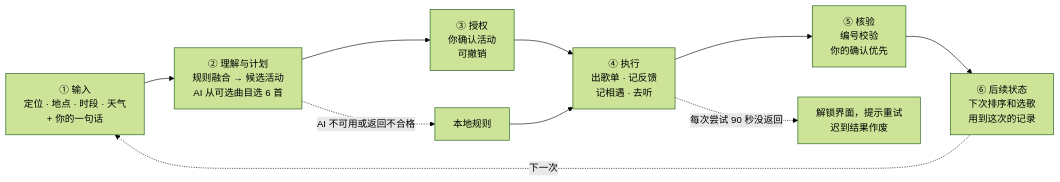
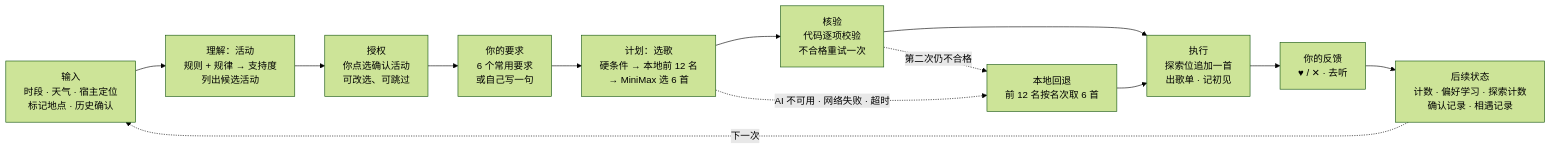
Before and after one commit to peterdlick-stack/agentic-app: the first of 2 diagrams in README.md, drawn with Mermaid (forest theme). The commit also changed other lines of this file, not shown here.

````diff
--- a/README.md
+++ b/README.md
@@ -96,12 +95,15 @@
 ```mermaid
 flowchart LR
-  I[① 输入<br/>定位 · 地点 · 时段 · 天气<br/>+ 你的一句话] --> U[② 理解与计划<br/>规则融合 → 候选活动<br/>AI 从可选曲目选 6 首]
-  U --> A[③ 授权<br/>你确认活动<br/>可撤销]
-  A --> X[④ 执行<br/>出歌单 · 记反馈<br/>记相遇 · 去听]
-  X --> V[⑤ 核验<br/>编号校验<br/>你的确认优先]
-  V --> S[⑥ 后续状态<br/>下次排序和选歌<br/>用到这次的记录]
+  I[输入<br/>时段 · 天气 · 宿主定位<br/>标记地点 · 历史确认] --> U[理解：活动<br/>规则 + 规律 → 支持度<br/>列出候选活动]
+  U --> A[授权<br/>你点选确认活动<br/>可改选、可跳过]
+  A --> Q[你的要求<br/>6 个常用要求<br/>或自己写一句]
+  Q --> P[计划：选歌<br/>硬条件 → 本地前 12 名<br/>→ MiniMax 选 6 首]
+  P --> V[核验<br/>代码逐项校验<br/>不合格重试一次]
+  V --> X[执行<br/>探索位追加一首<br/>出歌单 · 记初见]
+  X --> F[你的反馈<br/>♥ / ✕ · 去听]
+  F --> S[后续状态<br/>计数 · 偏好学习 · 探索计数<br/>确认记录 · 相遇记录]
   S -. 下一次 .-> I
-  U -. AI 不可用或返回不合格 .-> L[本地规则]
+  P -. AI 不可用 · 网络失败 · 超时 .-> L[本地回退<br/>前 12 名按名次取 6 首]
+  V -. 第二次仍不合格 .-> L
   L --> X
-  X -. 每次尝试 90 秒没返回 .-> R[解锁界面，提示重试<br/>迟到结果作废]
 ```
````
